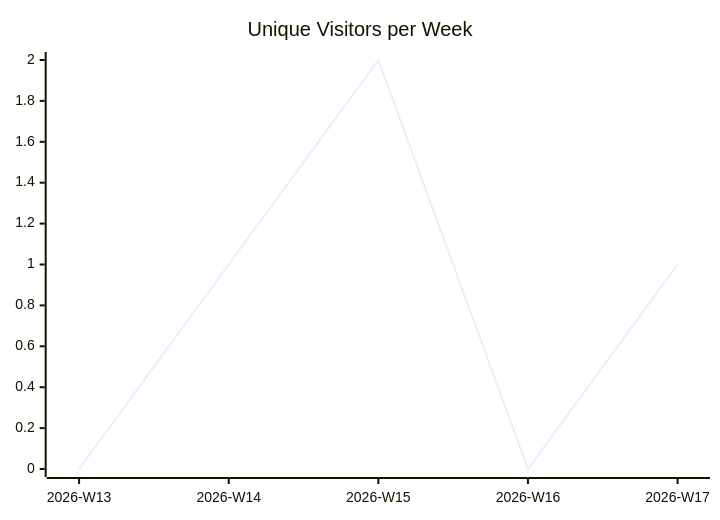
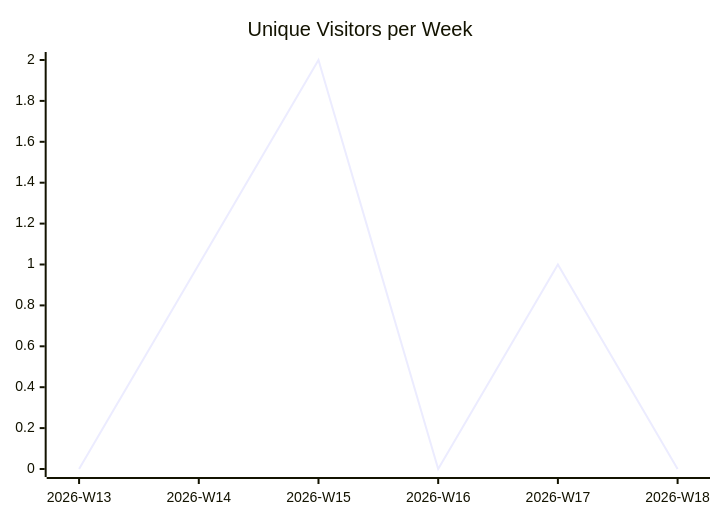
One commit to justdavis-family/github-analytics-data changed the first of 3 diagrams in justdavis-family/justdavis/README.md. Above: the diagram before and after it, drawn with Mermaid. The commit also changed other lines of this file and 184 other files, not shown here.

````diff
--- a/justdavis-family/justdavis/README.md
+++ b/justdavis-family/justdavis/README.md
@@ -5,6 +5,6 @@
 ```mermaid
 xychart-beta
   title "Unique Visitors per Week"
-  x-axis ["2026-W13", "2026-W14", "2026-W15", "2026-W16", "2026-W17"]
-  line [0, 1, 2, 0, 1]
+  x-axis ["2026-W13", "2026-W14", "2026-W15", "2026-W16", "2026-W17", "2026-W18"]
+  line [0, 1, 2, 0, 1, 0]
 ```
````
